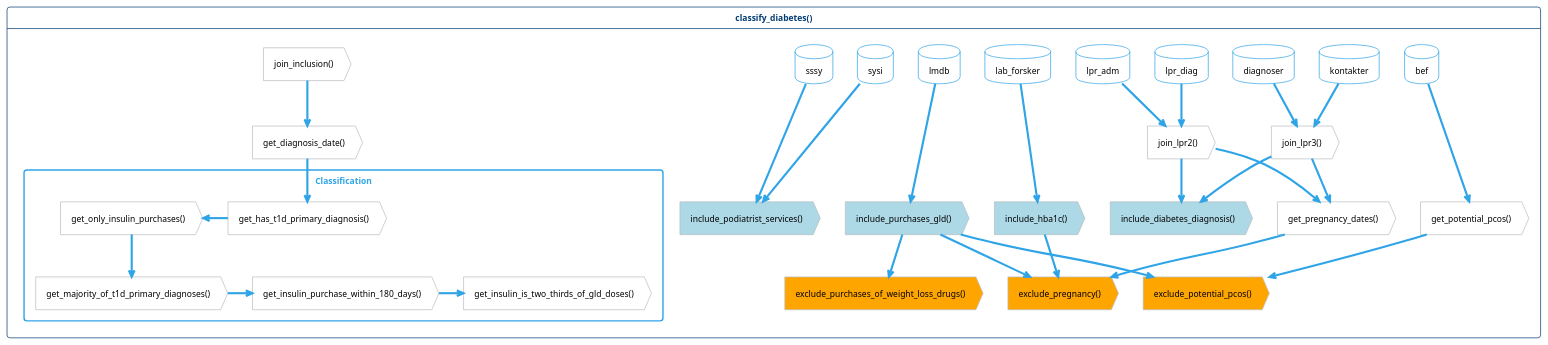
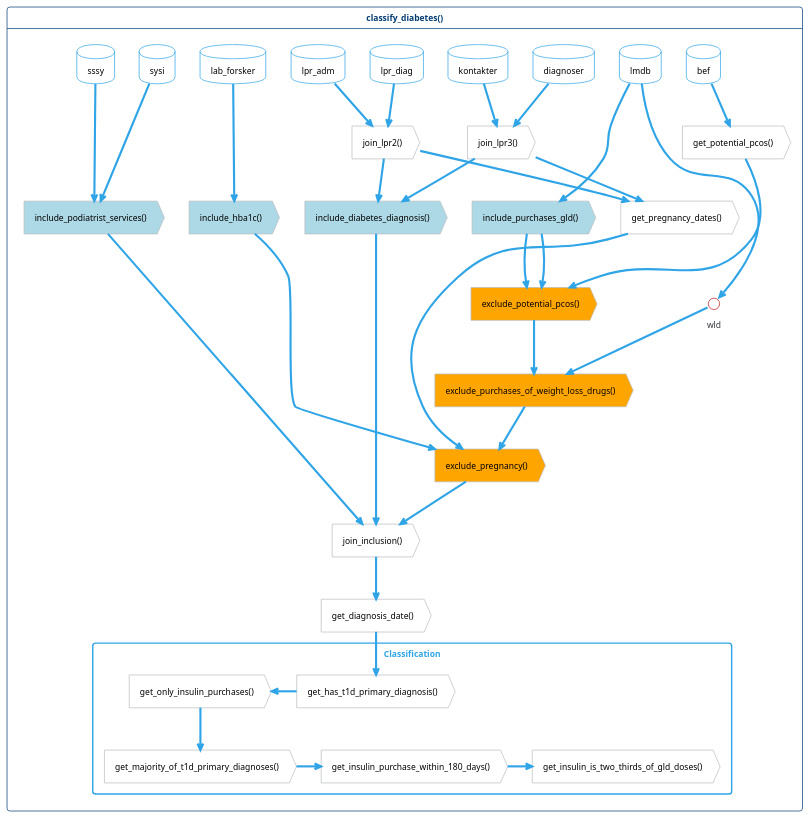
One commit to steno-aarhus/osdc changed the diagram in vignettes/images/function-flow.puml. Above: the diagram before and after it, drawn with PlantUML.

Commit message:
style: :art: refactor arrows and add comments to create a clearer structure

```diff
--- a/vignettes/images/function-flow.puml
+++ b/vignettes/images/function-flow.puml
@@ -1,101 +1,112 @@
 @startuml function-flow
 !theme cerulean-outline
 <style>
 action {
     FontColor black
 }
 database {
     FontColor black
 }
 .inclusion {
     BackgroundColor lightblue
 }
 .exclusion {
     BackgroundColor orange
 }
 </style>
 
 hide <<inclusion>> stereotype
 hide <<exclusion>> stereotype
 
 card classify_diabetes() as cd {
     together {
         database sssy
         database sysi
         database lpr_diag
         database lpr_adm
         database lmdb
         database lab_forsker
         database kontakter
         database diagnoser
         database bef
     }
 
     action "get_pregnancy_dates()" as pregnancy
     action "get_potential_pcos()" as pcos
     action "get_diagnosis_date()" as diagnosis_date
     action "join_lpr2()" as lpr2
     action "join_lpr3()" as lpr3
 
     together {
         action "exclude_pregnancy()" as ex_pregnancy <<exclusion>>
         action "exclude_purchases_of_weight_loss_drugs()" as ex_wld <<exclusion>>
         action "exclude_potential_pcos()" as ex_pcos <<exclusion>>
     }
 
     together {
         action "include_hba1c()" as in_hba1c <<inclusion>>
         action "include_diabetes_diagnosis()" as in_diagnosis <<inclusion>>
         action "include_podiatrist_services()" as in_podiatrist <<inclusion>>
         action "include_purchases_gld()" as in_gld <<inclusion>>
     }
 
     action "join_inclusion()" as join_inclusion
     action "get_diagnosis_date()" as diagnosis_date
 
+'join lpr
     lpr_diag --> lpr2
     lpr_adm --> lpr2
     kontakter --> lpr3
     diagnoser --> lpr3
 
+'inclusion: podiatrist services
+    sssy --> in_podiatrist
+    sysi --> in_podiatrist
+    in_podiatrist --> join_inclusion
+
+'inclusion: hba1c
     lab_forsker --> in_hba1c
     in_hba1c --> ex_pregnancy
+    ex_pregnancy --> join_inclusion
 
+'inclusion: gld purchases
+    lmdb --> in_gld
+    in_gld --> ex_pcos
+    ex_pcos --> ex_wld
+    ex_wld --> ex_pregnancy
+
+'inclusion: diabetes diagnosis
+    lpr2 --> in_diagnosis
+    lpr3 --> in_diagnosis
+    in_diagnosis --> join_inclusion
+
+'helper functions
     lpr2 --> pregnancy
     lpr3 --> pregnancy
-    pregnancy -> ex_pregnancy
-
-    lpr2 --> in_diagnosis
-    lpr3 --> in_diagnosis
-
-    sssy --> in_podiatrist
-    sysi --> in_podiatrist
-    
-    lmdb --> in_gld
-    in_gld --> ex_pregnancy
-    in_gld --> ex_wld
-
+    pregnancy --> ex_pregnancy
+    lmdb --> wld
+    wld --> ex_wld
     bef --> pcos
     in_gld --> ex_pcos
     pcos --> ex_pcos
     join_inclusion --> diagnosis_date
 
 'Diabetes type classification
 
     rectangle Classification {
         action "get_has_t1d_primary_diagnosis()" as t1d_diagnosis
         action "get_only_insulin_purchases()" as only_insulins
         action "get_majority_of_t1d_primary_diagnoses()" as t1d_diagnosis_majority
         action "get_insulin_purchase_within_180_days()" as insulin_within_180_days
         action "get_insulin_is_two_thirds_of_gld_doses()" as insulin_is_two_thirds
     }
 
     diagnosis_date --> t1d_diagnosis
     t1d_diagnosis -l-> only_insulins
     only_insulins -d-> t1d_diagnosis_majority
     t1d_diagnosis_majority -r-> insulin_within_180_days
     insulin_within_180_days -r-> insulin_is_two_thirds
     
 
 }
 @enduml
```
